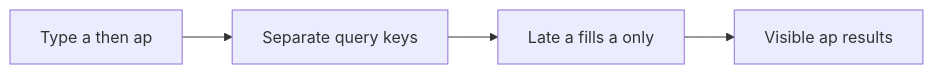
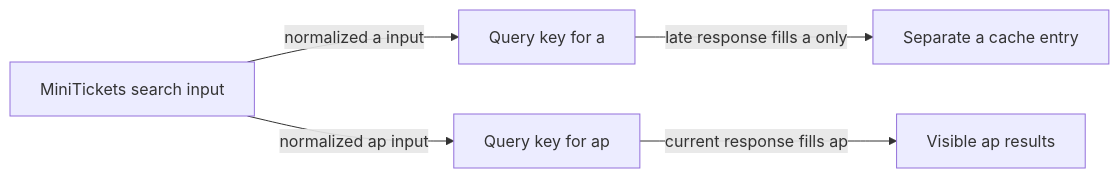
The diagram in docs/handbook/concepts/search-races.md (maheshnd/minitickets), drawn with Mermaid before and after one commit. The commit also changed other lines of this file and 119 other files, not shown here.

````diff
--- a/docs/handbook/concepts/search-races.md
+++ b/docs/handbook/concepts/search-races.md
@@ -17,7 +19,7 @@
 ```mermaid
 flowchart LR
-    n0["Type a then ap"] --> n1
-    n1["Separate query keys"] --> n2
-    n2["Late a fills a only"] --> n3
-    n3["Visible ap results"]
+    I["MiniTickets search input"] -->|"normalized a input"| A["Query key for a"]
+    I -->|"normalized ap input"| B["Query key for ap"]
+    A -->|"late response fills a only"| X["Separate a cache entry"]
+    B -->|"current response fills ap"| V["Visible ap results"]
 ```
````
